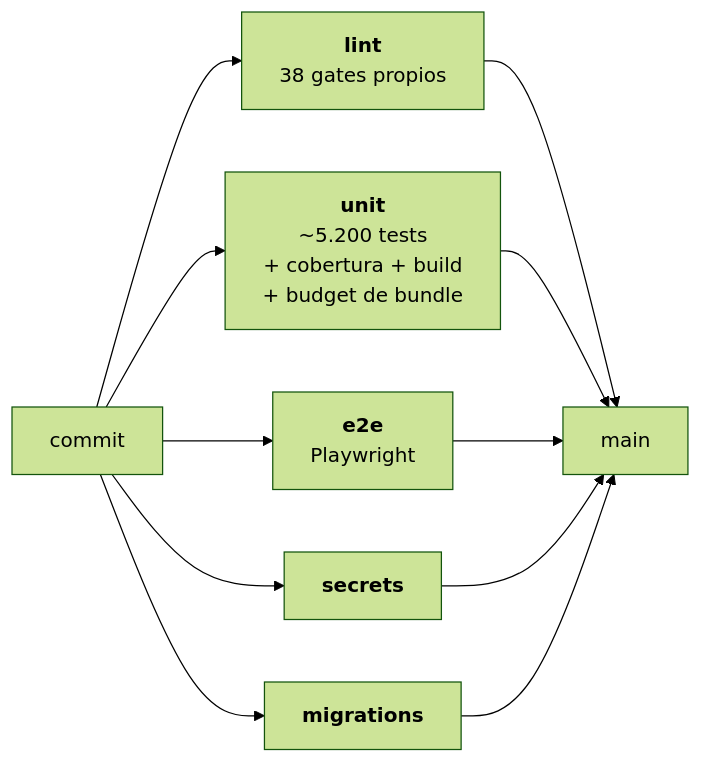
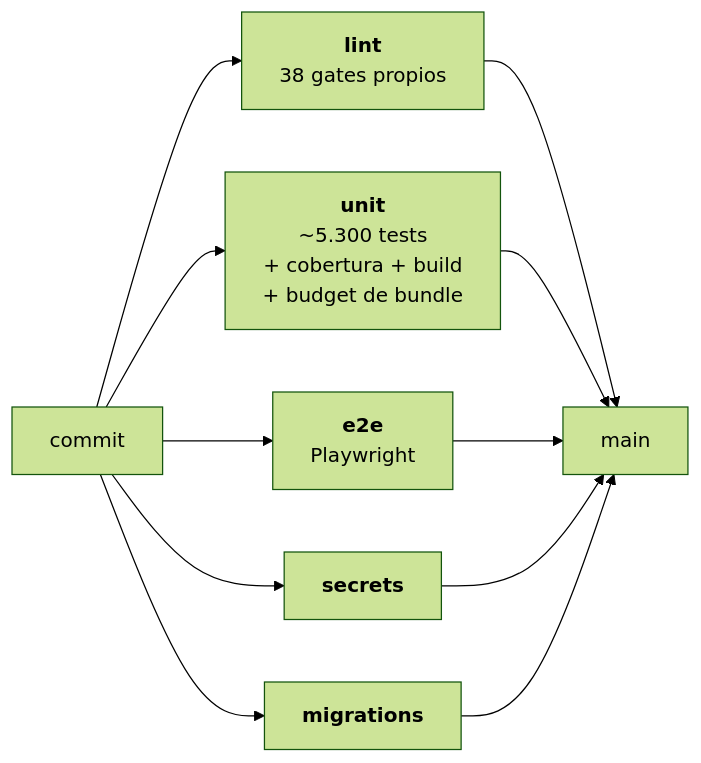
One commit to DanielOpazoD/trama changed the third of 3 diagrams in ARCHITECTURE.md. Above: the diagram before and after it, drawn with Mermaid (forest theme). The commit also changed other lines of this file and 1 other file, not shown here.

````diff
--- a/ARCHITECTURE.md
+++ b/ARCHITECTURE.md
@@ -386,9 +479,9 @@
 ```mermaid
 flowchart LR
     C["commit"] --> L["<b>lint</b><br/>38 gates propios"]
-    C --> U["<b>unit</b><br/>~5.200 tests<br/>+ cobertura + build<br/>+ budget de bundle"]
+    C --> U["<b>unit</b><br/>~5.300 tests<br/>+ cobertura + build<br/>+ budget de bundle"]
     C --> E["<b>e2e</b><br/>Playwright"]
     C --> S["<b>secrets</b>"]
     C --> M["<b>migrations</b>"]
     L & U & E & S & M --> MAIN["main"]
 ```
````
